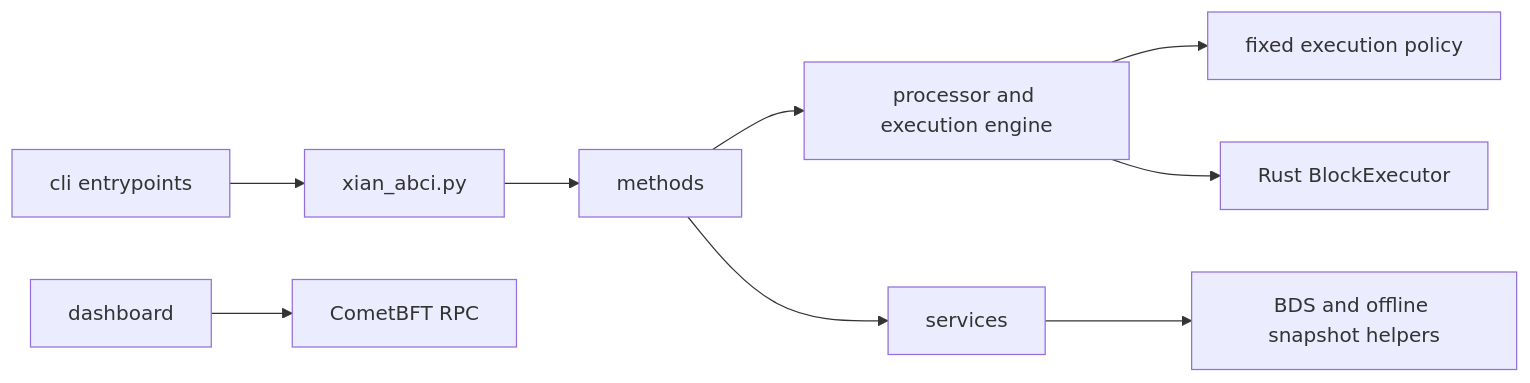
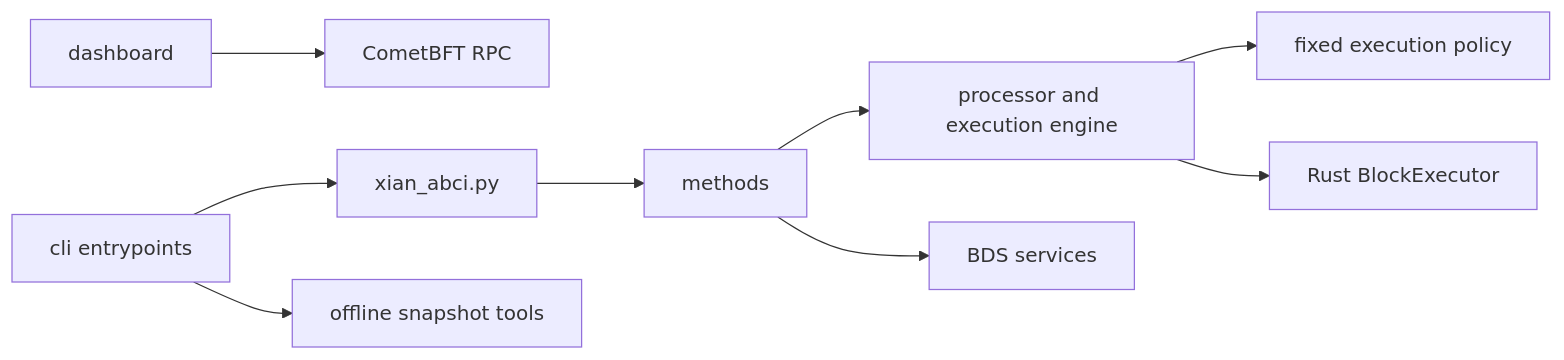
One commit to xian-technology/xian-abci changed the diagram in src/xian/README.md. Above: the diagram before and after it, drawn with Mermaid. The commit also changed other lines of this file and 19 other files, not shown here.

Commit message:
Remove peer snapshot transfer and keep offline application snapshots

````diff
--- a/src/xian/README.md
+++ b/src/xian/README.md
@@ -31,11 +31,11 @@
 ```mermaid
 flowchart LR
   ABCI["xian_abci.py"] --> Methods["methods"]
   Methods --> Processor["processor and execution engine"]
   Processor --> Policy["fixed execution policy"]
   Processor --> VM["Rust BlockExecutor"]
-  Methods --> Services["services"]
-  Services --> BDS["BDS and offline snapshot helpers"]
+  Methods --> BDS["BDS services"]
   Dashboard["dashboard"] --> RPC["CometBFT RPC"]
   CLI["cli entrypoints"] --> ABCI
+  CLI --> Snapshots["offline snapshot tools"]
 ```
````
